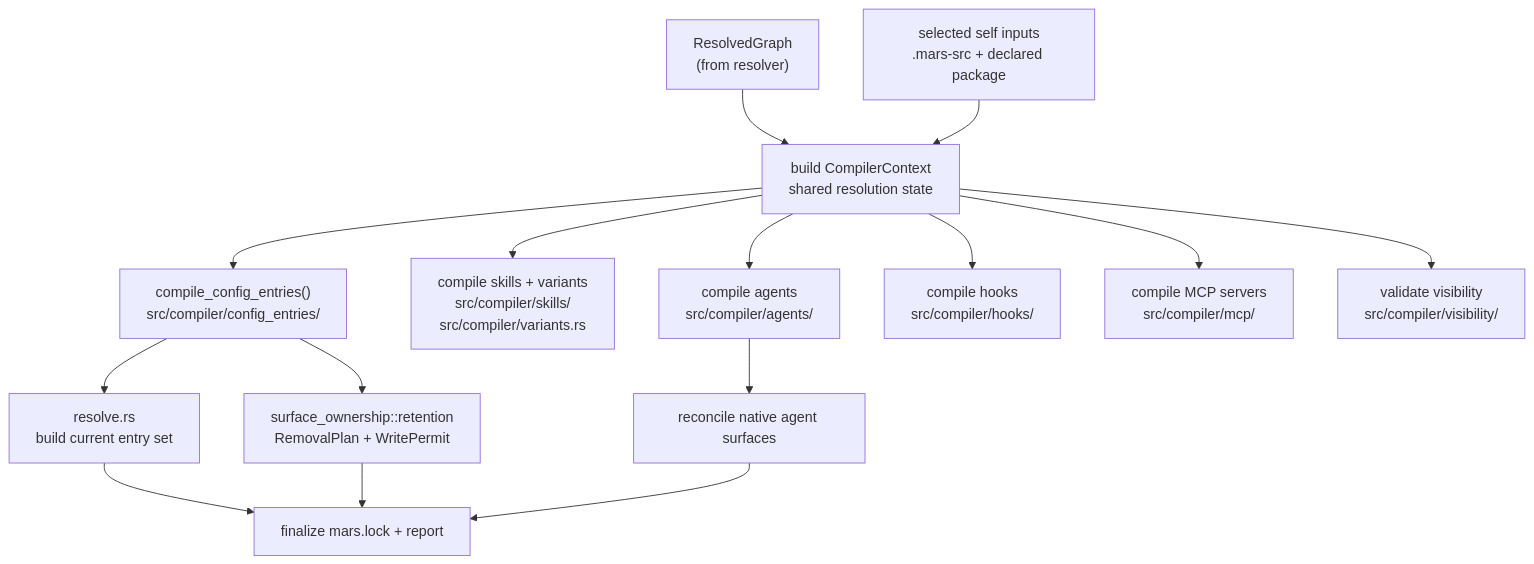
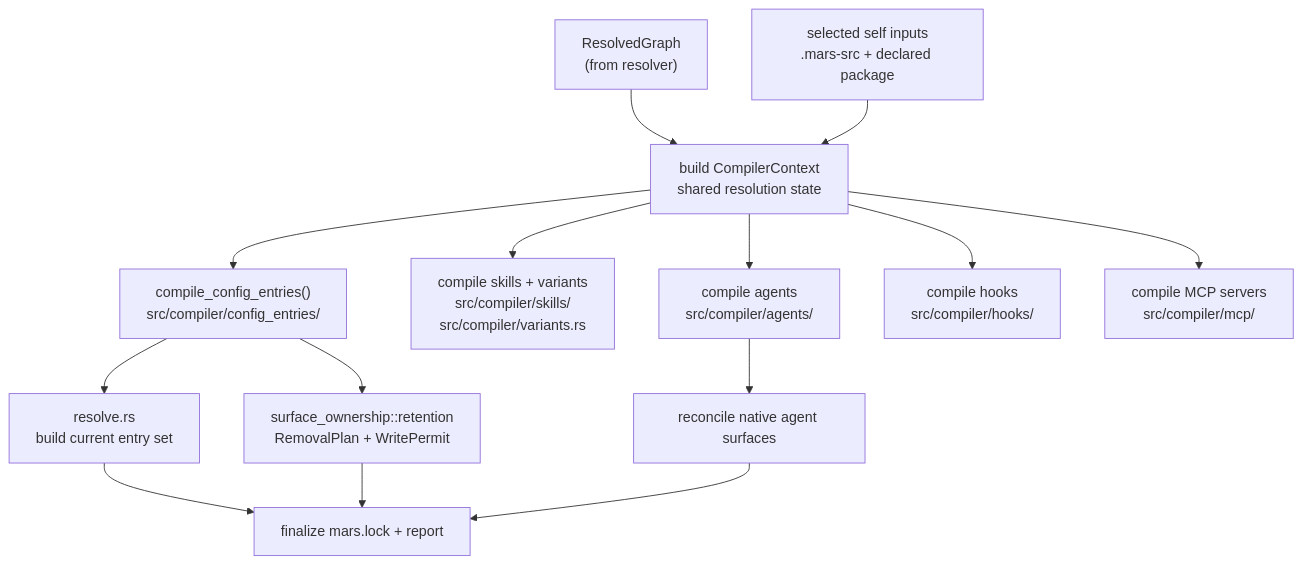
Before and after one commit to haowjy/meridian-cli-kb: the diagram in kb/concepts/package-management/compiler-pipeline.md, drawn with Mermaid. The commit also changed other lines of this file and 12 other files, not shown here.

````diff
--- a/kb/concepts/package-management/compiler-pipeline.md
+++ b/kb/concepts/package-management/compiler-pipeline.md
@@ -10,31 +10,29 @@
 ```mermaid
 graph TD
     GRAPH["ResolvedGraph\n(from resolver)"]
     SELF["selected self inputs\n.mars-src + declared package"]
     CTX["build CompilerContext\nshared resolution state"]
     AGENTS["compile agents\nsrc/compiler/agents/"]
     SKILLS["compile skills + variants\nsrc/compiler/skills/\nsrc/compiler/variants.rs"]
     CE["compile_config_entries()\nsrc/compiler/config_entries/"]
     CE_RESOLVE["resolve.rs\nbuild current entry set"]
     RETAIN["surface_ownership::retention\nRemovalPlan + WritePermit"]
     HOOKS["compile hooks\nsrc/compiler/hooks/"]
     MCP["compile MCP servers\nsrc/compiler/mcp/"]
-    VIS["validate visibility\nsrc/compiler/visibility/"]
     NATIVE["reconcile native agent surfaces"]
     LOCK["finalize mars.lock + report"]
 
     GRAPH --> CTX
     SELF --> CTX
     CTX --> AGENTS
     CTX --> SKILLS
     CTX --> CE
     CE --> CE_RESOLVE
     CE --> RETAIN
     CTX --> HOOKS
     CTX --> MCP
-    CTX --> VIS
     AGENTS --> NATIVE
     CE_RESOLVE --> LOCK
     RETAIN --> LOCK
     NATIVE --> LOCK
 ```
````
